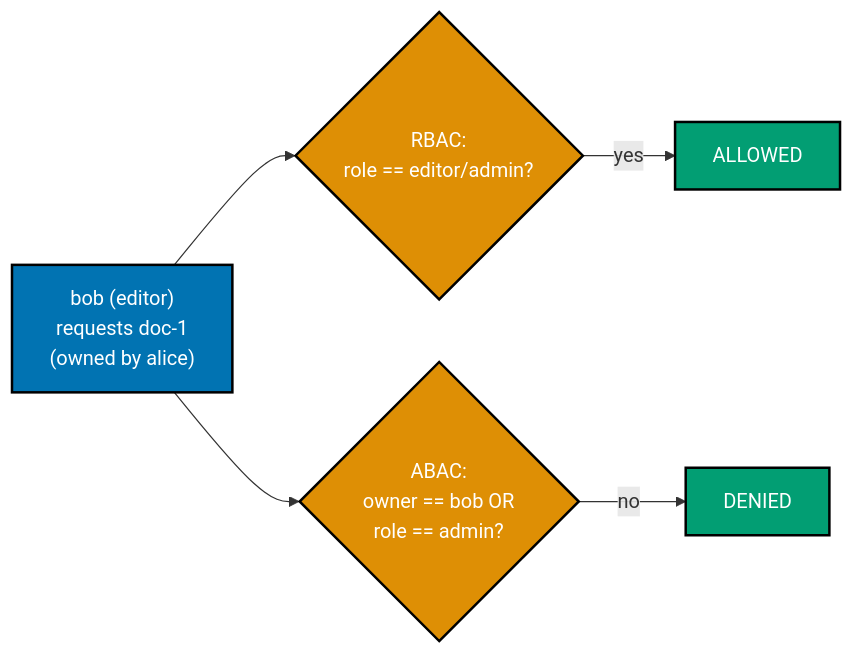
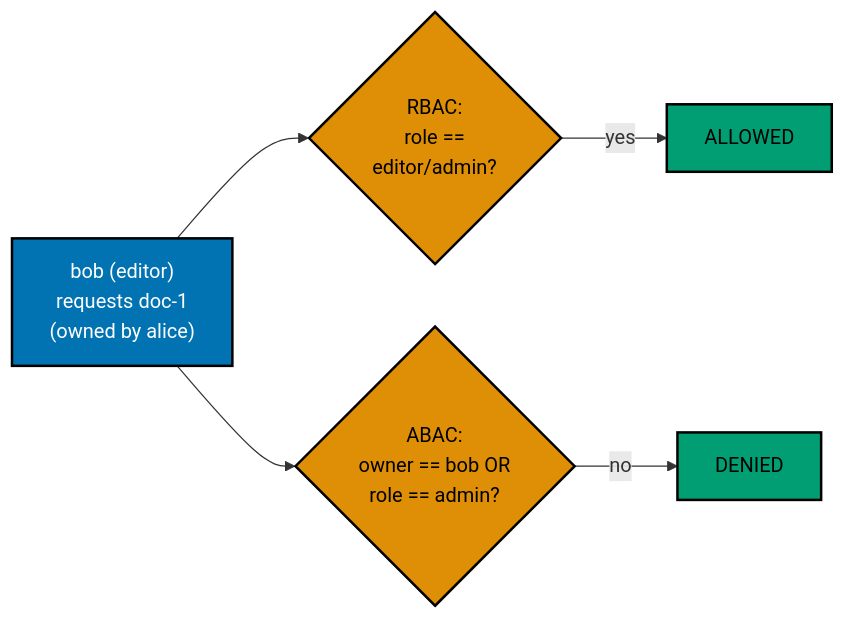
One commit to wahidyankf/ose-public changed the fourth of 6 diagrams in apps/ayokoding-www/content/en/learn/courses/security-essentials/learning/advanced.md. Above: the diagram before and after it, drawn with Mermaid. The commit also changed other lines of this file and 145 other files, not shown here.

First line of the commit message:
fix(mermaid): bring the second half of the courses diagrams onto the accessible palette

````diff
--- a/apps/ayokoding-www/content/en/learn/courses/security-essentials/learning/advanced.md
+++ b/apps/ayokoding-www/content/en/learn/courses/security-essentials/learning/advanced.md
@@ -2186,12 +2195,15 @@
 ```mermaid
 %% Color Palette: Blue #0173B2, Orange #DE8F05, Teal #029E73
 graph LR
-    A["bob (editor)<br/>requests doc-1<br/>(owned by alice)"]:::blue --> B{"RBAC:<br/>role == editor/admin?"}:::orange
+    accTitle: Example 66: RBAC vs. ABAC Authorization
+    accDescr: Graph with 7 nodes and 6 connections. Nodes: bob (editor) requests doc-1 (owned by alice), B, C, bob, admin, ALLOWED, DENIED. Connections: bob (editor) requests doc-1 (owned by alice) to B, bob (editor) requests doc-1 (owned by alice) to C, C to bob, bob to admin, B to ALLOWED (yes), C to DENIED (no).
+    A["bob (editor)<br/>requests doc-1<br/>(owned by alice)"]:::blue --> B{"RBAC:<br/>role ==<br/>editor/admin?"}:::orange
     A --> C{"ABAC:<br/>owner == bob OR<br/>role == admin?"}:::orange
     B -->|"yes"| D["ALLOWED"]:::teal
     C -->|"no"| E["DENIED"]:::teal
 
     classDef blue fill:#0173B2,stroke:#000000,color:#FFFFFF,stroke-width:2px
-    classDef orange fill:#DE8F05,stroke:#000000,color:#FFFFFF,stroke-width:2px
-    classDef teal fill:#029E73,stroke:#000000,color:#FFFFFF,stroke-width:2px
+    classDef orange fill:#DE8F05,stroke:#000000,color:#000000,stroke-width:2px
+    classDef teal fill:#029E73,stroke:#000000,color:#000000,stroke-width:2px
+    classDef default fill:#FFFFFF,stroke:#000000,color:#000000
 ```
````
